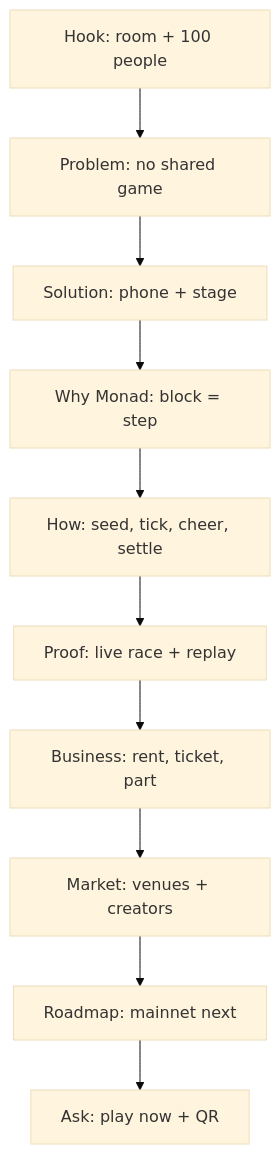
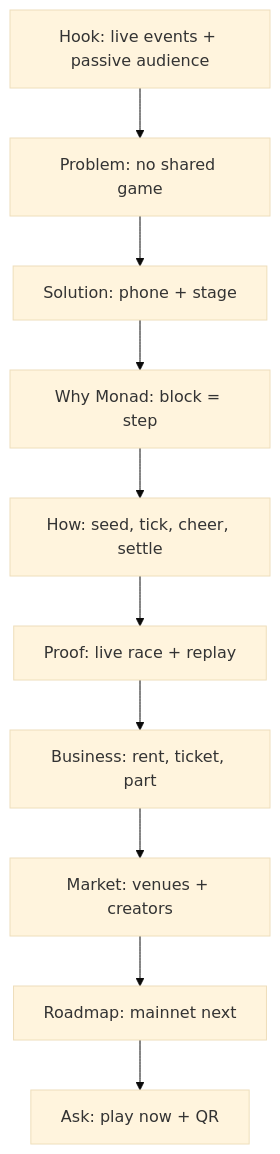
One commit to hafidluqman50/duckwek changed the diagram in docs/plans/0012-pitch-deck.md. Above: the diagram before and after it, drawn with Mermaid (base theme). The commit also changed other lines of this file, not shown here.

First line of the commit message:
docs: reframe the deck problem globally

````diff
--- a/docs/plans/0012-pitch-deck.md
+++ b/docs/plans/0012-pitch-deck.md
@@ -159,12 +181,12 @@
 ```mermaid
 flowchart TD
-  A[Hook: room + 100 people] --> B[Problem: no shared game]
+  A[Hook: live events + passive audience] --> B[Problem: no shared game]
   B --> C[Solution: phone + stage]
   C --> D[Why Monad: block = step]
   D --> E[How: seed, tick, cheer, settle]
   E --> F[Proof: live race + replay]
   F --> G[Business: rent, ticket, part]
   G --> H[Market: venues + creators]
   H --> I[Roadmap: mainnet next]
   I --> J[Ask: play now + QR]
 ```
````
